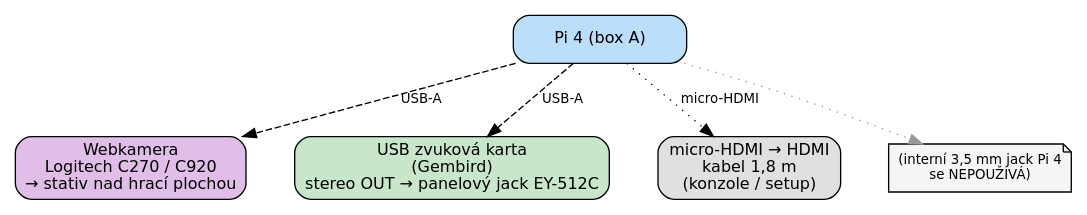
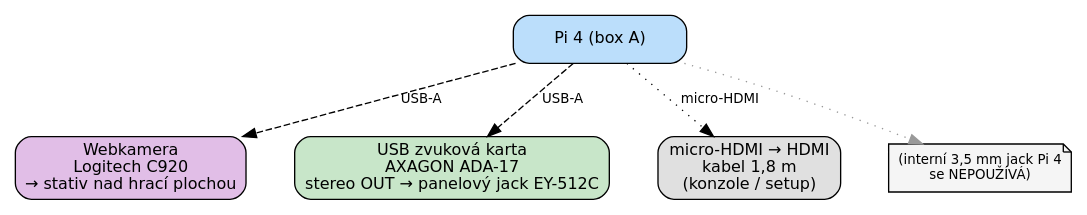
One commit to K0F/1938_ABC changed the diagram in docs/dot/sch_04_peripherals.dot. Above: the diagram before and after it, drawn with Graphviz. The commit also changed 22 other files, not shown here.

```diff
--- a/docs/dot/sch_04_peripherals.dot
+++ b/docs/dot/sch_04_peripherals.dot
@@ -1,18 +1,18 @@
 // SCH §2.3 — Periferie Box A (USB / audio)
 digraph G {
     graph [fontname="DejaVu Sans" rankdir=TB bgcolor="white" nodesep=0.5 ranksep=0.6];
 node [fontname="DejaVu Sans" fontsize=12 style="filled"];
 edge [fontname="DejaVu Sans" fontsize=10];
 
 pi4 [label="Pi 4 (box A)" shape=box style="filled,rounded" fillcolor="#bbdefb" width=1.8];
 
-cam [label="Webkamera\nLogitech C270 / C920\n→ stativ nad hrací plochou" shape=box style="filled,rounded" fillcolor="#e1bee7"];
-zvuk [label="USB zvuková karta\n(Gembird)\nstereo OUT → panelový jack EY-512C" shape=box style="filled,rounded" fillcolor="#c8e6c9"];
+cam [label="Webkamera\nLogitech C920\n→ stativ nad hrací plochou" shape=box style="filled,rounded" fillcolor="#e1bee7"];
+zvuk [label="USB zvuková karta\nAXAGON ADA-17\nstereo OUT → panelový jack EY-512C" shape=box style="filled,rounded" fillcolor="#c8e6c9"];
 hdmi [label="micro-HDMI → HDMI\nkabel 1,8 m\n(konzole / setup)" shape=box style="filled,rounded" fillcolor="#e0e0e0"];
 note [label="(interní 3,5 mm jack Pi 4\nse NEPOUŽÍVÁ)" shape=note fillcolor="#f5f5f5" fontsize=10];
 
 pi4 -> cam [label="  USB-A  " style=dashed];
 pi4 -> zvuk [label="  USB-A  " style=dashed];
 pi4 -> hdmi [label="  micro-HDMI  " style=dotted];
 pi4 -> note [style=dotted color="#999999"];
 }
```
